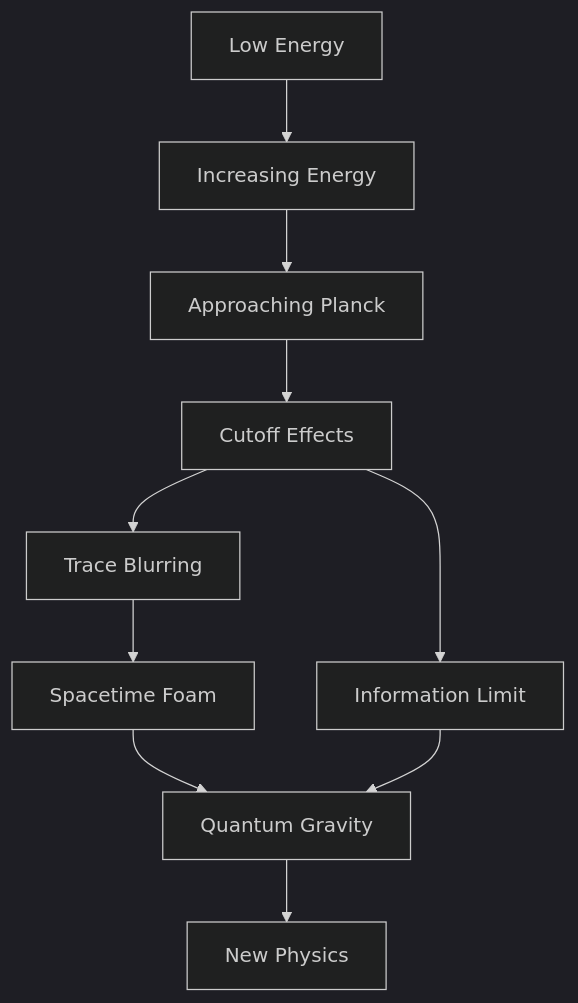
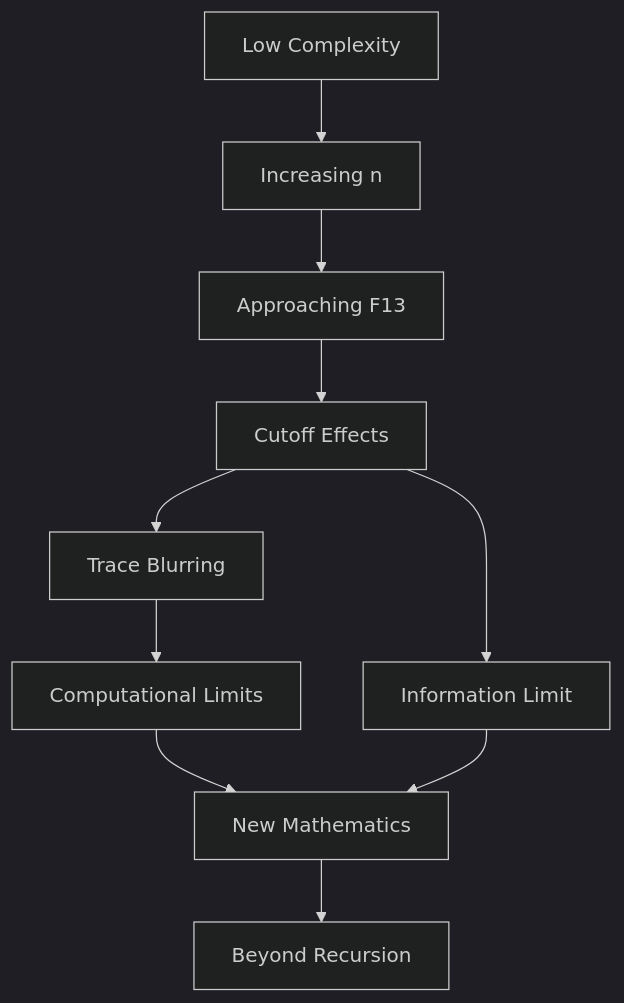
One commit to loning/the-phys changed the first of 2 diagrams in docs/psi-structum/book-1-collapse-ontology/part-02-golden-trace-spectral/chapter-031-planck-scale-cutoff-trace.md. Above: the diagram before and after it, drawn with Mermaid (dark theme). The commit also changed other lines of this file and 20 other files, not shown here.

````diff
--- a/docs/psi-structum/book-1-collapse-ontology/part-02-golden-trace-spectral/chapter-031-planck-scale-cutoff-trace.md
+++ b/docs/psi-structum/book-1-collapse-ontology/part-02-golden-trace-spectral/chapter-031-planck-scale-cutoff-trace.md
@@ -81,12 +81,12 @@
 ```mermaid
 graph TD
-    A[Low Energy] --> B[Increasing Energy]
-    B --> C[Approaching Planck]
+    A[Low Complexity] --> B[Increasing n]
+    B --> C[Approaching F13]
     C --> D[Cutoff Effects]
     D --> E[Trace Blurring]
-    E --> F[Spacetime Foam]
-    F --> G[Quantum Gravity]
-    G --> H[New Physics]
+    E --> F[Computational Limits]
+    F --> G[New Mathematics]
+    G --> H[Beyond Recursion]
     D --> I[Information Limit]
     I --> G
 ```
````
